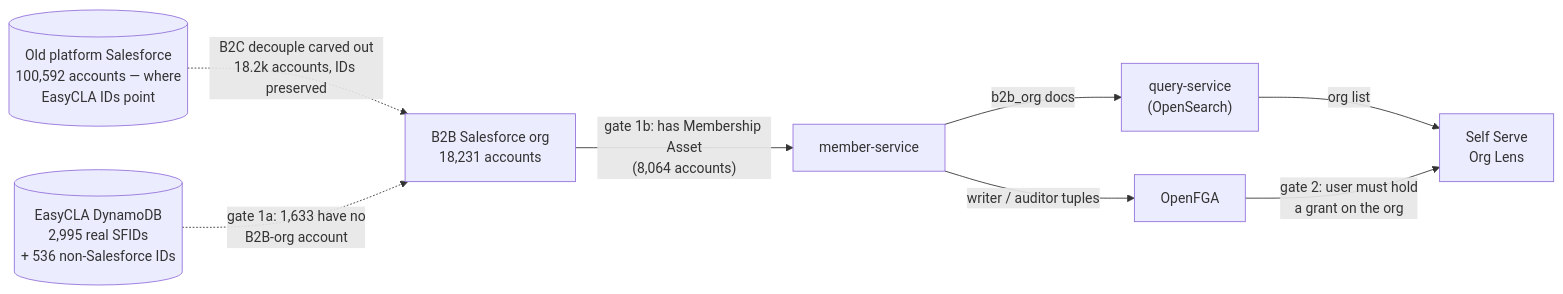
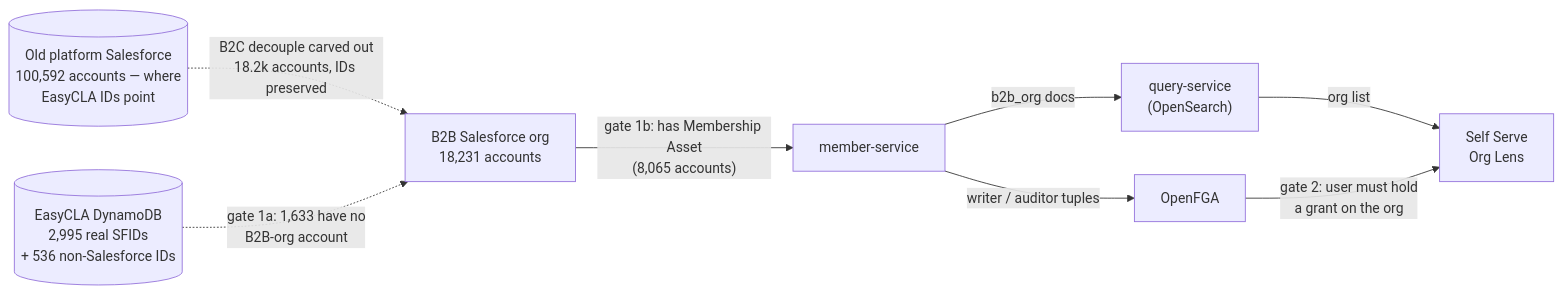
One commit to linuxfoundation/easycla changed the first of 2 diagrams in docs/easycla-ss-migration/m3-org-visibility.md. Above: the diagram before and after it, drawn with Mermaid. The commit also changed other lines of this file, not shown here.

First line of the commit message:
docs: fix stale cross-references and the membership-gate count

````diff
--- a/docs/easycla-ss-migration/m3-org-visibility.md
+++ b/docs/easycla-ss-migration/m3-org-visibility.md
@@ -107,10 +107,10 @@
 ```mermaid
 flowchart LR
     OLD[("Old platform Salesforce<br/>100,592 accounts — where<br/>EasyCLA IDs point")] -.->|"B2C decouple carved out<br/>18.2k accounts, IDs preserved"| SF
-    SF["B2B Salesforce org<br/>18,231 accounts"] -->|"gate 1b: has Membership Asset<br/>(8,064 accounts)"| MS["member-service"]
+    SF["B2B Salesforce org<br/>18,231 accounts"] -->|"gate 1b: has Membership Asset<br/>(8,065 accounts)"| MS["member-service"]
     MS -->|"b2b_org docs"| QS["query-service<br/>(OpenSearch)"]
     MS -->|"writer / auditor tuples"| FGA["OpenFGA"]
     QS -->|"org list"| SS["Self Serve<br/>Org Lens"]
     FGA -->|"gate 2: user must hold<br/>a grant on the org"| SS
     CLA[("EasyCLA DynamoDB<br/>2,995 real SFIDs<br/>+ 536 non-Salesforce IDs")] -.->|"gate 1a: 1,633 have no<br/>B2B-org account"| SF
 ```
````
